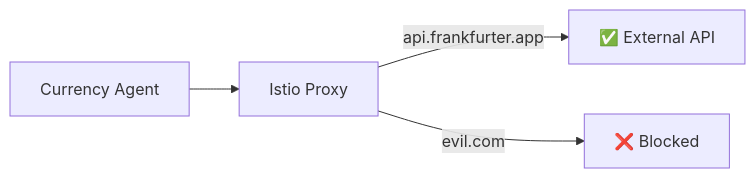
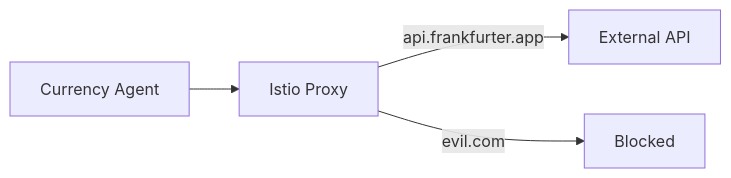
One commit to rrbanda/agent-sandbox-ocp changed the diagram in docs/workshop/02-platform-setup/04-configure-egress.md. Above: the diagram before and after it, drawn with Mermaid. The commit also changed other lines of this file and 23 other files, not shown here.

````diff
--- a/docs/workshop/02-platform-setup/04-configure-egress.md
+++ b/docs/workshop/02-platform-setup/04-configure-egress.md
@@ -105,6 +105,6 @@
 ```mermaid
 flowchart LR
     Agent["Currency Agent"] --> Istio["Istio Proxy"]
-    Istio -->|"api.frankfurter.app"| API["✅ External API"]
-    Istio -->|"evil.com"| Block["❌ Blocked"]
+    Istio -->|"api.frankfurter.app"| API[" External API"]
+    Istio -->|"evil.com"| Block[" Blocked"]
 ```
````
